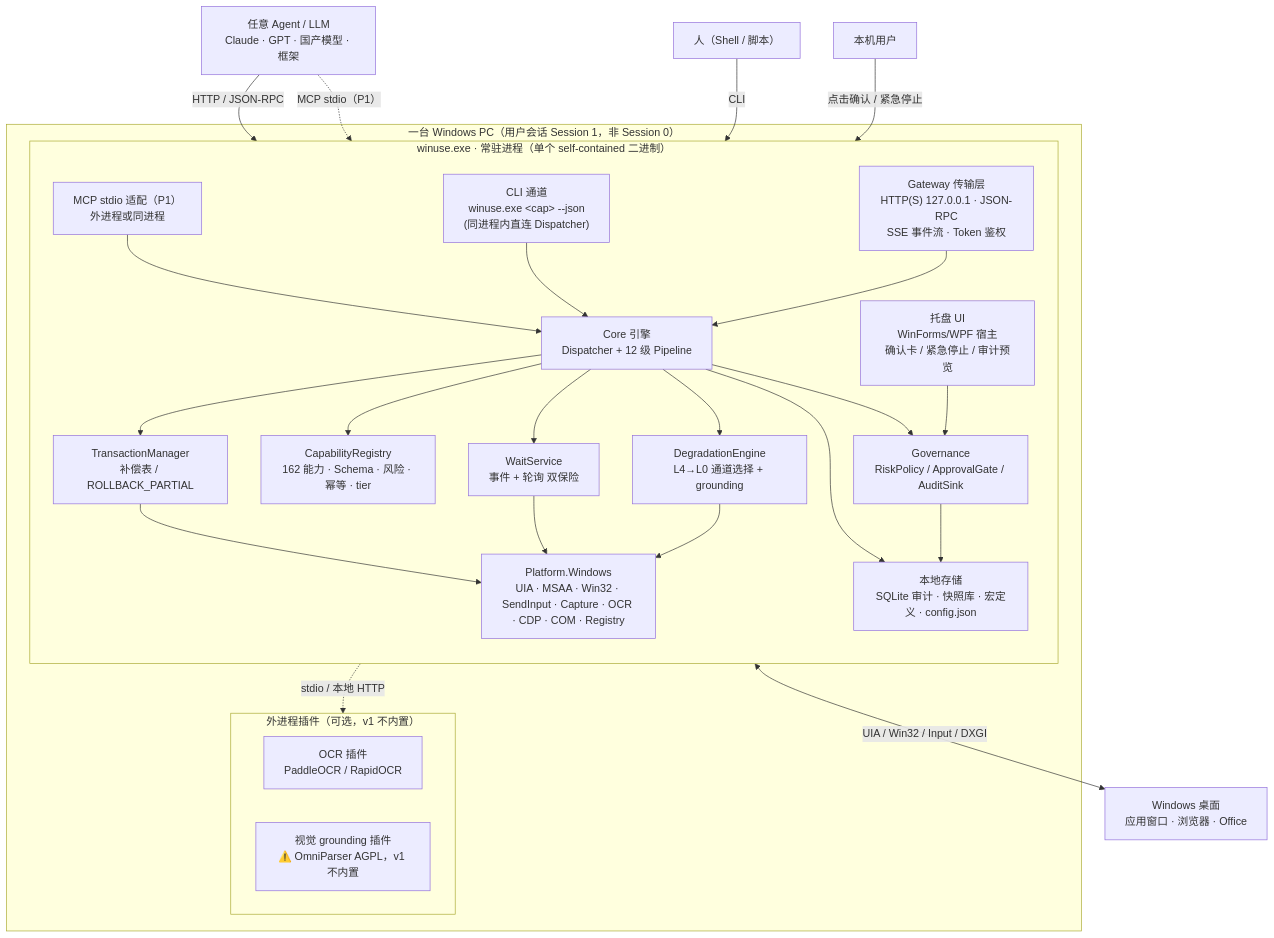
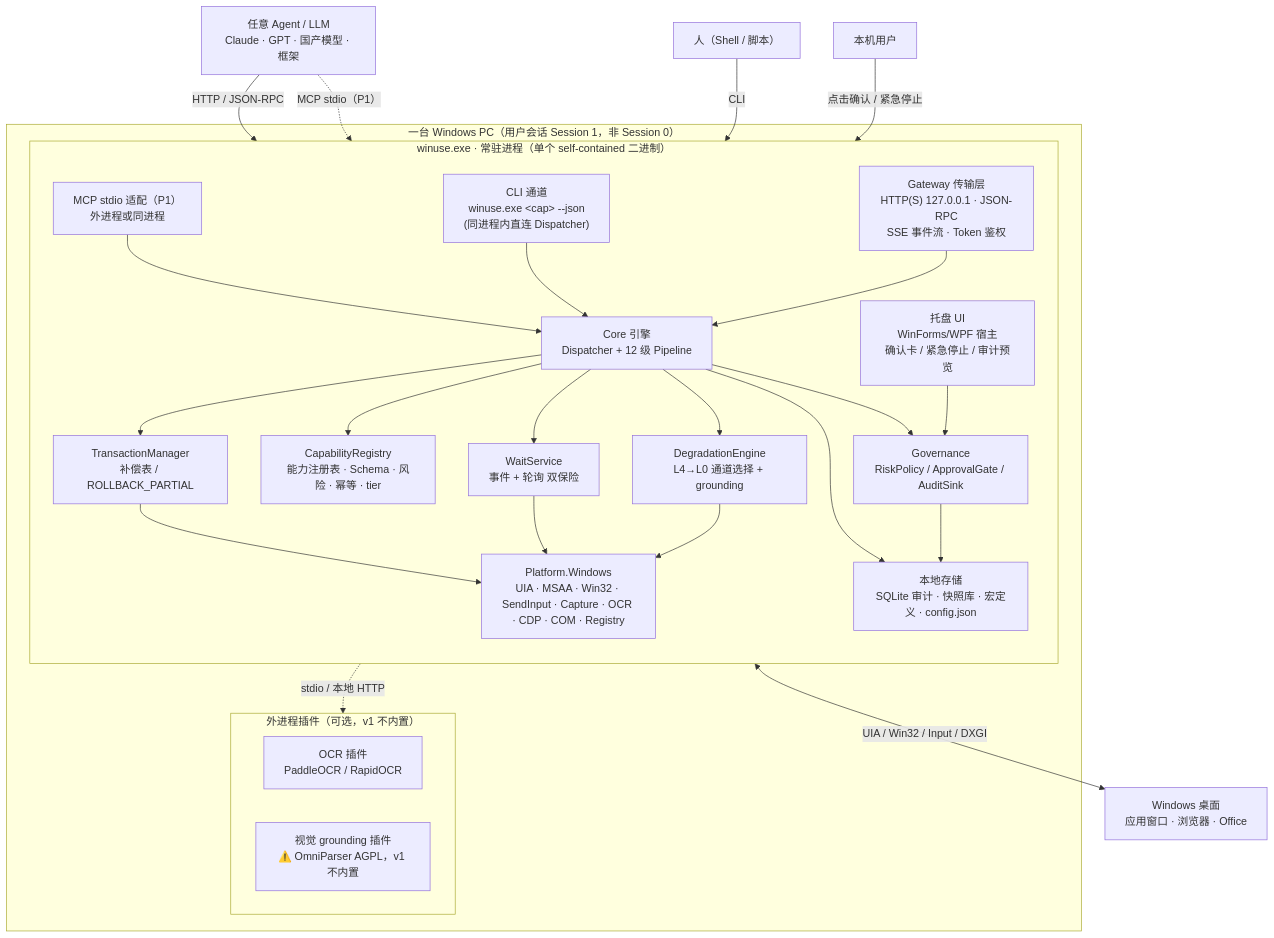
Before and after one commit to kimmywork/windows-use: the first of 12 diagrams in docs/05-architecture.md, drawn with Mermaid. The commit also changed other lines of this file and 12 other files, not shown here.

````diff
--- a/docs/05-architecture.md
+++ b/docs/05-architecture.md
@@ -71,46 +71,46 @@
 ```mermaid
 graph TB
     subgraph HOST["一台 Windows PC（用户会话 Session 1，非 Session 0）"]
         subgraph PROC["winuse.exe · 常驻进程（单个 self-contained 二进制）"]
             direction TB
             TRAY["托盘 UI<br/>WinForms/WPF 宿主<br/>确认卡 / 紧急停止 / 审计预览"]
             GW["Gateway 传输层<br/>HTTP(S) 127.0.0.1 · JSON-RPC<br/>SSE 事件流 · Token 鉴权"]
             CLI["CLI 通道<br/>winuse.exe &lt;cap&gt; --json<br/>(同进程内直连 Dispatcher)"]
             MCP["MCP stdio 适配（P1）<br/>外进程或同进程"]
             CORE["Core 引擎<br/>Dispatcher + 12 级 Pipeline"]
-            REG["CapabilityRegistry<br/>162 能力 · Schema · 风险 · 幂等 · tier"]
+            REG["CapabilityRegistry<br/>能力注册表 · Schema · 风险 · 幂等 · tier"]
             DEG["DegradationEngine<br/>L4→L0 通道选择 + grounding"]
             WAIT["WaitService<br/>事件 + 轮询 双保险"]
             TX["TransactionManager<br/>补偿表 / ROLLBACK_PARTIAL"]
             GOV["Governance<br/>RiskPolicy / ApprovalGate / AuditSink"]
             PLAT["Platform.Windows<br/>UIA · MSAA · Win32 · SendInput · Capture · OCR · CDP · COM · Registry"]
             STORE["本地存储<br/>SQLite 审计 · 快照库 · 宏定义 · config.json"]
         end
         subgraph PLUGIN["外进程插件（可选，v1 不内置）"]
             OCRP["OCR 插件<br/>PaddleOCR / RapidOCR"]
             VISP["视觉 grounding 插件<br/>⚠️ OmniParser AGPL，v1 不内置"]
         end
     end
 
     AGENT["任意 Agent / LLM<br/>Claude · GPT · 国产模型 · 框架"] -->|"HTTP / JSON-RPC"| GW
     AGENT -.->|"MCP stdio（P1）"| MCP
     HUMAN["人（Shell / 脚本）"] -->|"CLI"| CLI
     USER["本机用户"] -->|"点击确认 / 紧急停止"| TRAY
 
     GW --> CORE
     CLI --> CORE
     MCP --> CORE
     TRAY --> GOV
     CORE --> REG
     CORE --> DEG
     CORE --> WAIT
     CORE --> TX
     CORE --> GOV
     DEG --> PLAT
     WAIT --> PLAT
     TX --> PLAT
     GOV --> STORE
     CORE --> STORE
     PLAT -.->|"stdio / 本地 HTTP"| PLUGIN
     PLAT <-->|"UIA / Win32 / Input / DXGI"| WIN["Windows 桌面<br/>应用窗口 · 浏览器 · Office"]
 ```
````
